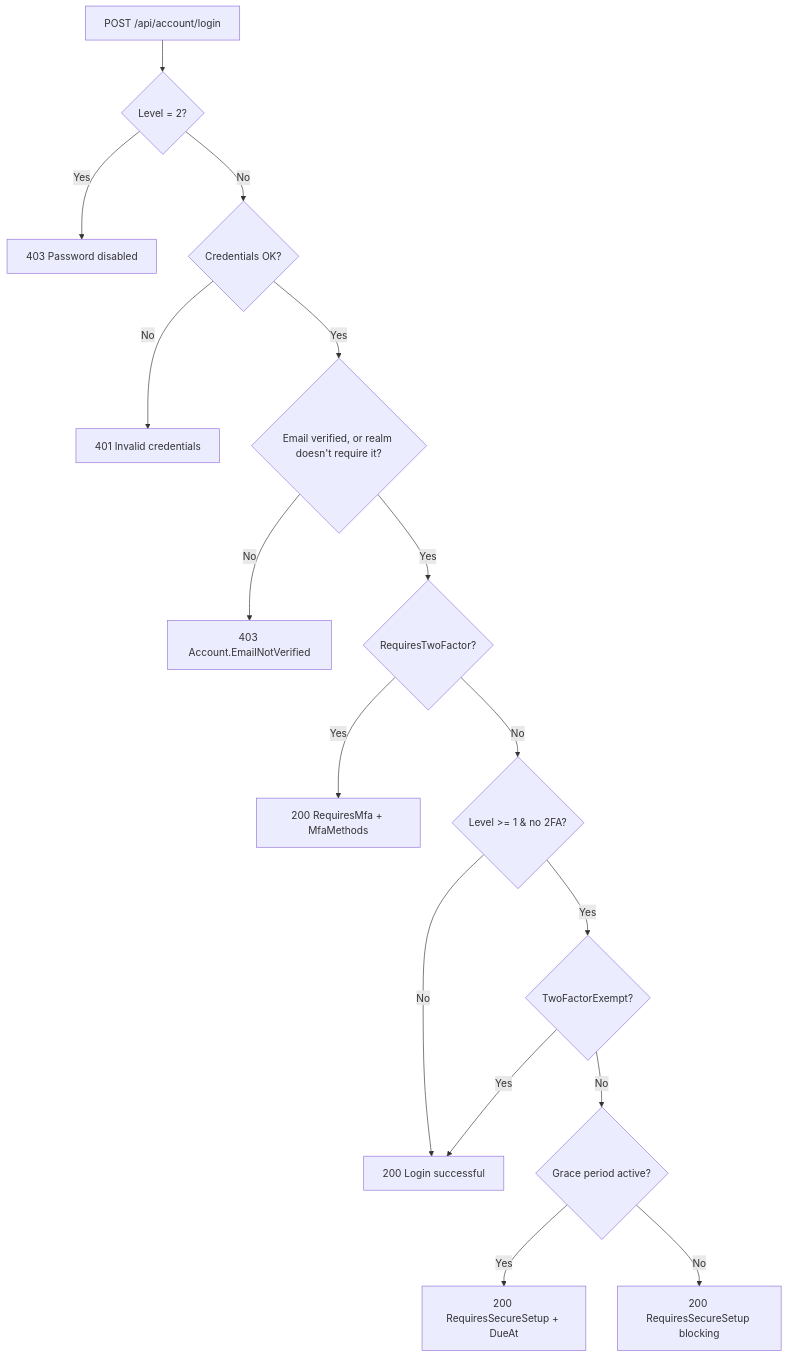
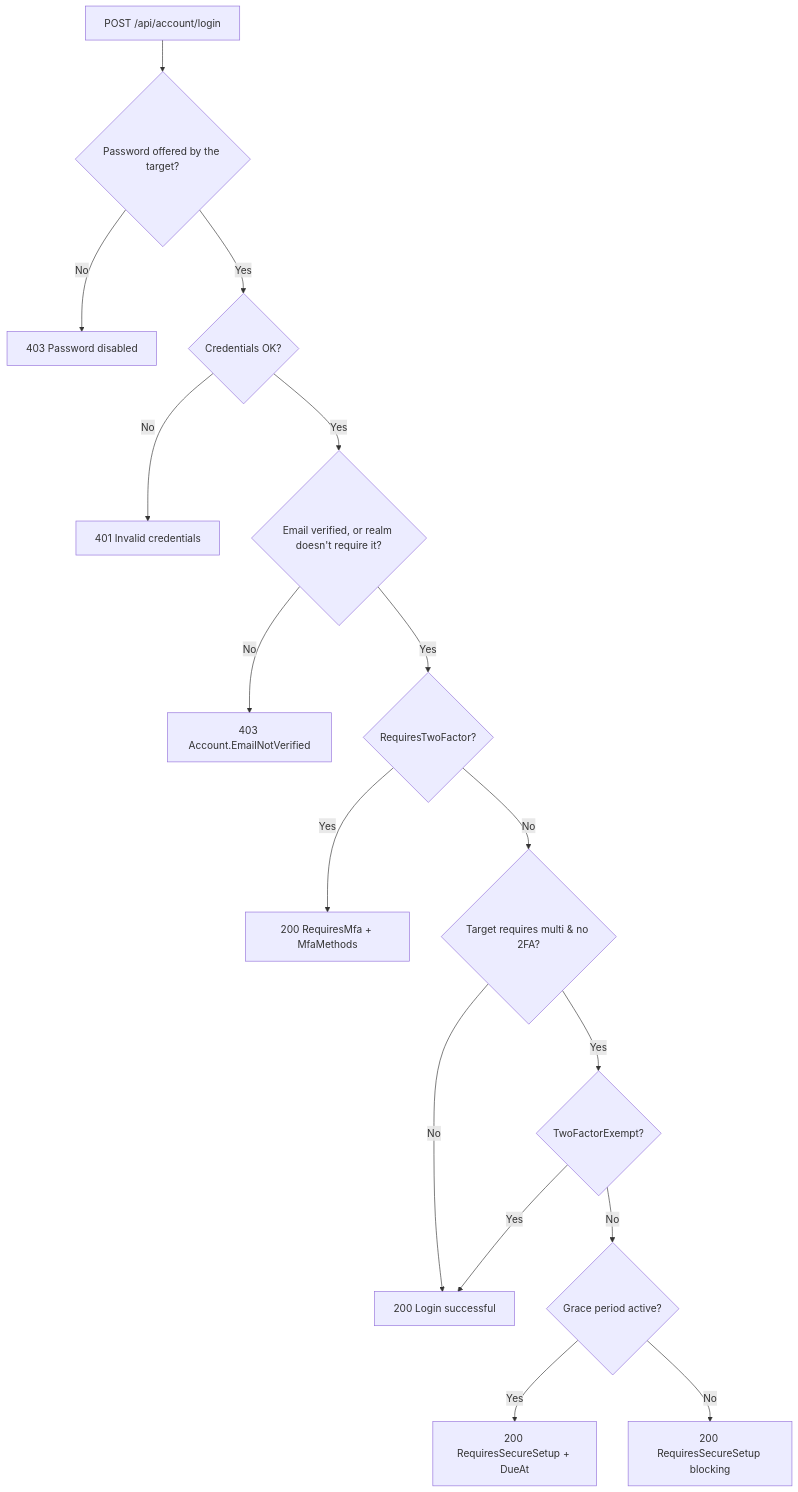
Before and after one commit to cocoar-dev/modgud: the diagram in docs/integrate/login-flows.md, drawn with Mermaid. The commit also changed other lines of this file and 89 other files, not shown here.

````diff
--- a/docs/integrate/login-flows.md
+++ b/docs/integrate/login-flows.md
@@ -9,18 +9,18 @@
 ```mermaid
 flowchart TD
-    A[POST /api/account/login] --> B{Level = 2?}
-    B -->|Yes| C[403 Password disabled]
-    B -->|No| D{Credentials OK?}
+    A[POST /api/account/login] --> B{Password offered by the target?}
+    B -->|No| C[403 Password disabled]
+    B -->|Yes| D{Credentials OK?}
     D -->|No| E[401 Invalid credentials]
     D -->|Yes| N{Email verified, or realm doesn't require it?}
     N -->|No| O[403 Account.EmailNotVerified]
     N -->|Yes| F{RequiresTwoFactor?}
     F -->|Yes| G[200 RequiresMfa + MfaMethods]
-    F -->|No| H{Level >= 1 & no 2FA?}
+    F -->|No| H{Target requires multi & no 2FA?}
     H -->|Yes| I{TwoFactorExempt?}
     I -->|Yes| J[200 Login successful]
     I -->|No| K{Grace period active?}
     K -->|Yes| L[200 RequiresSecureSetup + DueAt]
     K -->|No| M[200 RequiresSecureSetup blocking]
     H -->|No| J
 ```
````
